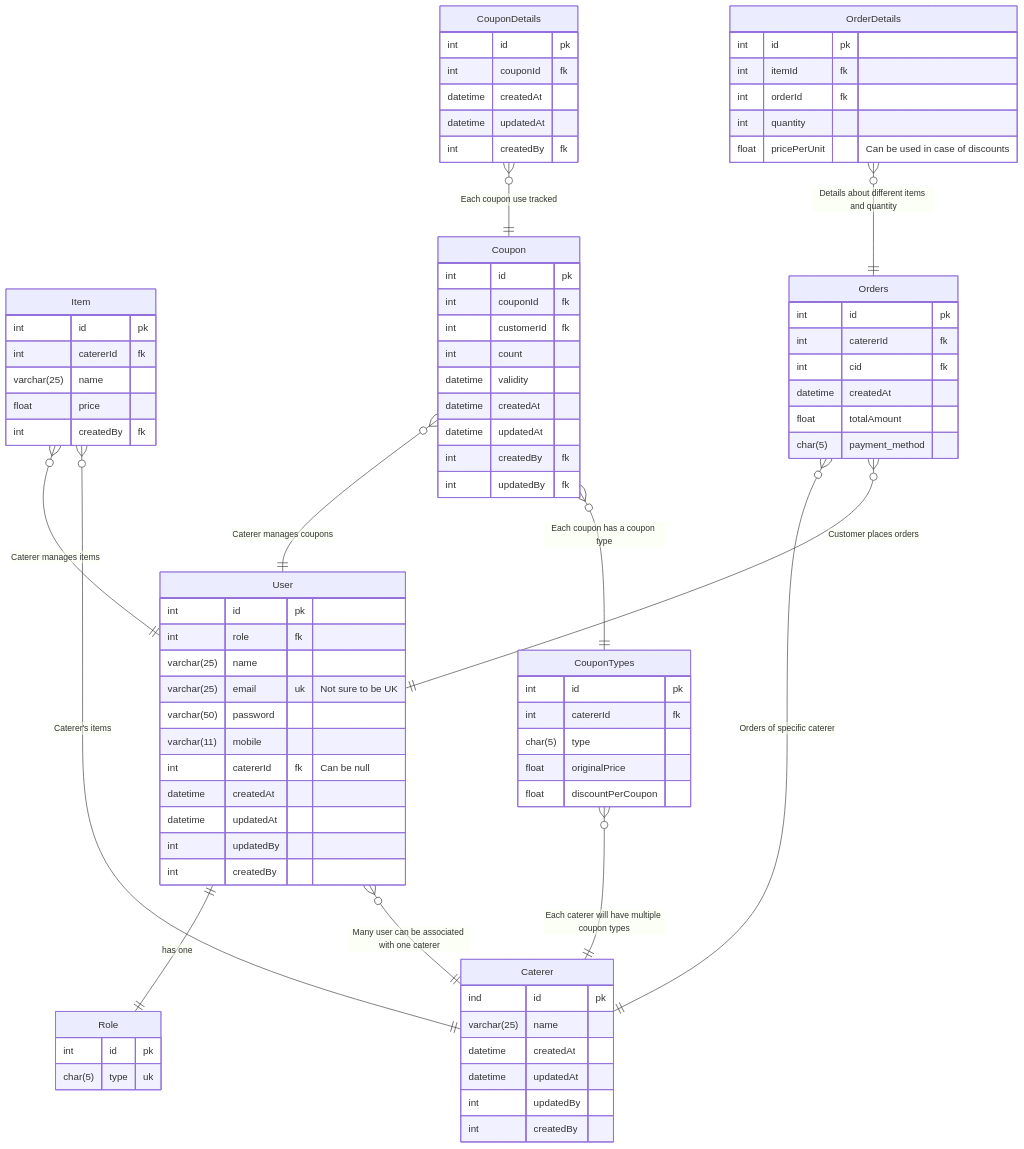
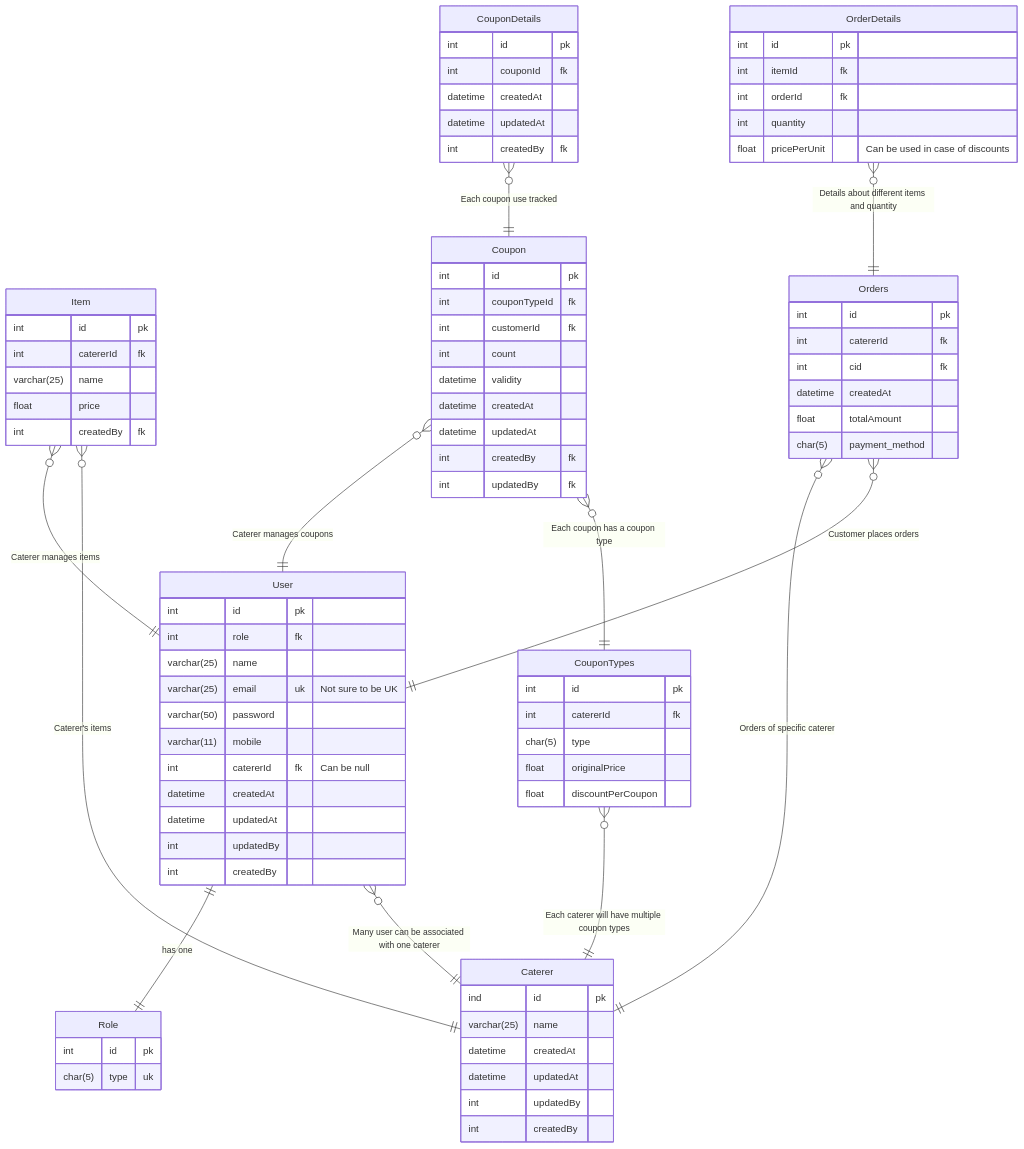
One commit to devnev39/cms-all changed the diagram in meta/er/er.md. Above: the diagram before and after it, drawn with Mermaid.

Commit message:
Updated Coupon Table
In coupon Table, Changed CouponId to CouponTypeId .

```diff
--- a/meta/er/er.md
+++ b/meta/er/er.md
@@ -46,7 +46,7 @@
 
     Coupon {
         int id pk
-        int couponId fk
+        int couponTypeId fk
         int customerId fk
         int count
         datetime validity
```
